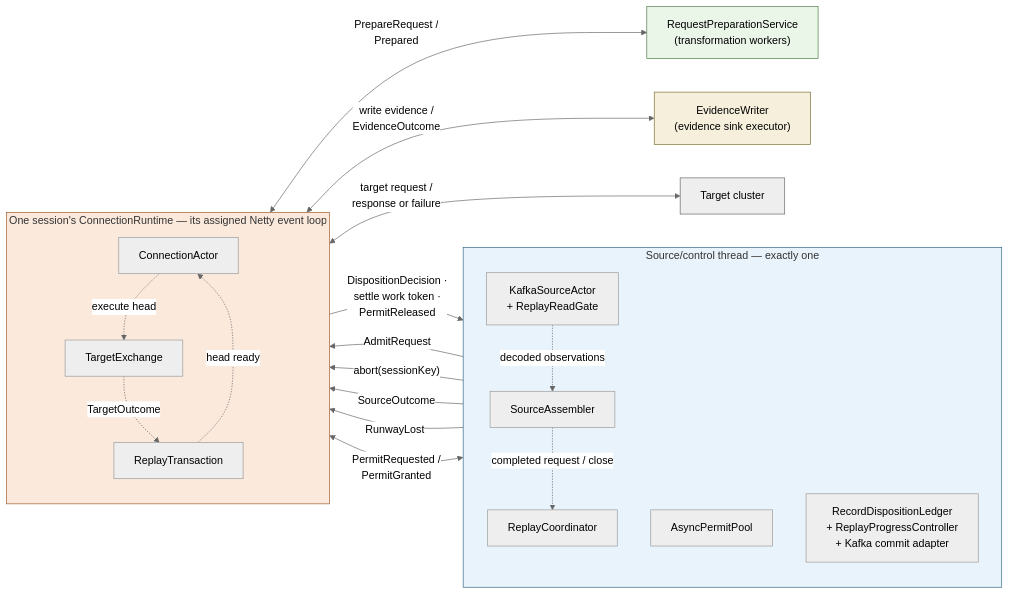
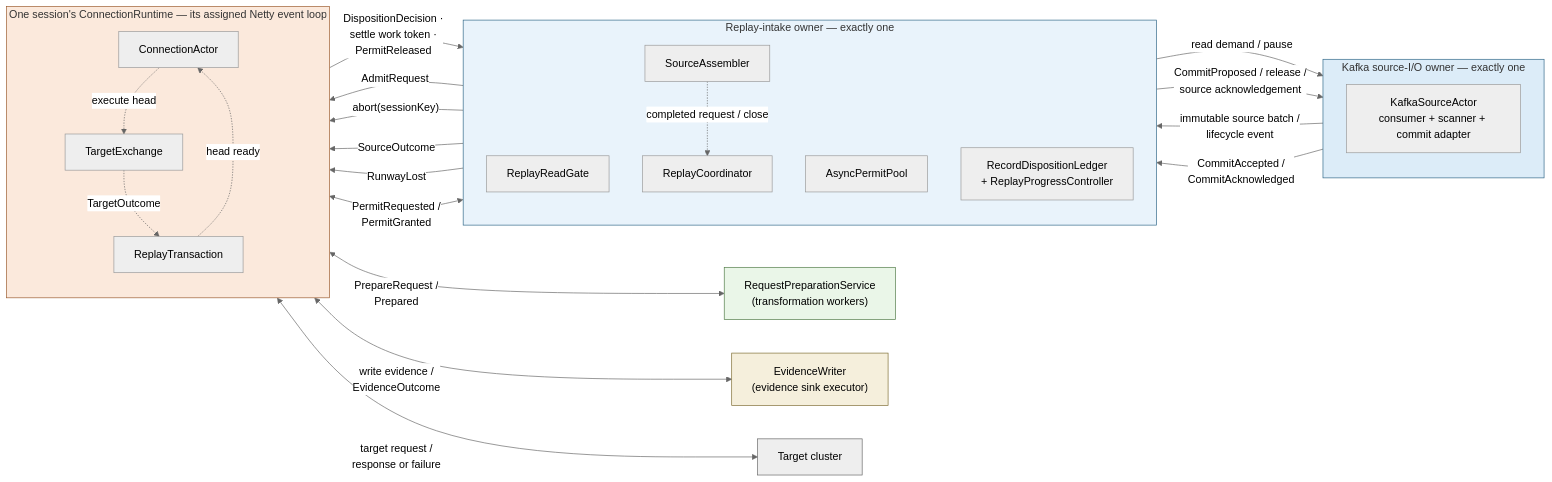
One commit to opensearch-project/opensearch-migrations changed the first of 4 diagrams in docs/replayerHardenedArchitectureDesign.md. Above: the diagram before and after it, drawn with Mermaid (neutral theme). The commit also changed other lines of this file and 9 other files, not shown here.

````diff
--- a/docs/replayerHardenedArchitectureDesign.md
+++ b/docs/replayerHardenedArchitectureDesign.md
@@ -580,47 +590,56 @@
 ```mermaid
 flowchart LR
-    subgraph CONTROL["Source/control thread — exactly one"]
+    subgraph SOURCE["Kafka source-I/O owner — exactly one"]
         direction TB
-        KSA["KafkaSourceActor<br/>+ ReplayReadGate"]
+        KSA["KafkaSourceActor<br/>consumer + scanner + commit adapter"]
+    end
+
+    subgraph INTAKE["Replay-intake owner — exactly one"]
+        direction TB
+        READ["ReplayReadGate"]
         ASM["SourceAssembler"]
         COORD["ReplayCoordinator"]
         POOL["AsyncPermitPool"]
-        LEDGER["RecordDispositionLedger<br/>+ ReplayProgressController<br/>+ Kafka commit adapter"]
+        LEDGER["RecordDispositionLedger<br/>+ ReplayProgressController"]
     end
 
     subgraph LOOP["One session's ConnectionRuntime — its assigned Netty event loop"]
         direction TB
         ACTOR["ConnectionActor"]
         EXCH["TargetExchange"]
         TXN["ReplayTransaction"]
     end
 
     PREP["RequestPreparationService<br/>(transformation workers)"]
     EVID["EvidenceWriter<br/>(evidence sink executor)"]
     TARGET["Target cluster"]
 
-    KSA -.->|"decoded observations"| ASM
+    READ -->|"read demand / pause"| KSA
+    KSA -->|"immutable source batch /<br/>lifecycle event"| ASM
+    LEDGER -->|"CommitProposed / release /<br/>source acknowledgement"| KSA
+    KSA -->|"CommitAccepted /<br/>CommitAcknowledged"| LEDGER
     ASM -.->|"completed request / close"| COORD
 
     COORD -->|"AdmitRequest"| ACTOR
     COORD -->|"abort(sessionKey)"| ACTOR
     ASM -->|"SourceOutcome"| TXN
     COORD -->|"RunwayLost"| TXN
 
     POOL <-->|"PermitRequested /<br/>PermitGranted"| TXN
     TXN <-->|"PrepareRequest /<br/>Prepared"| PREP
     TXN <-->|"write evidence /<br/>EvidenceOutcome"| EVID
     EXCH <-->|"target request /<br/>response or failure"| TARGET
 
     TXN -.->|"head ready"| ACTOR
     ACTOR -.->|"execute head"| EXCH
     EXCH -.->|"TargetOutcome"| TXN
 
     TXN -->|"DispositionDecision ·<br/>settle work token ·<br/>PermitReleased"| LEDGER
 
-    style CONTROL fill:#e9f3fb,stroke:#2f6687
+    style SOURCE fill:#dcecf8,stroke:#2f6687
+    style INTAKE fill:#e9f3fb,stroke:#2f6687
     style LOOP fill:#fbe9dc,stroke:#9a5a2e
     style PREP fill:#eaf6e8,stroke:#4f7a46
     style EVID fill:#f5efdc,stroke:#7d6c32
     style TARGET fill:#eeeeee,stroke:#666666
 ```
````
